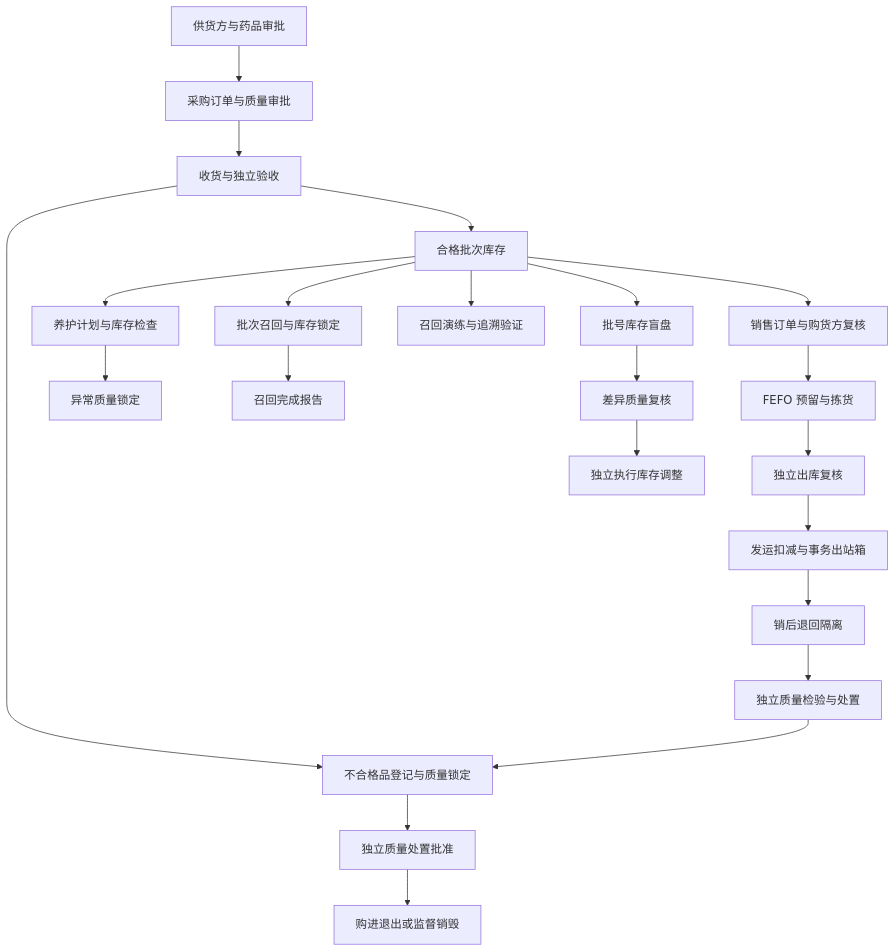
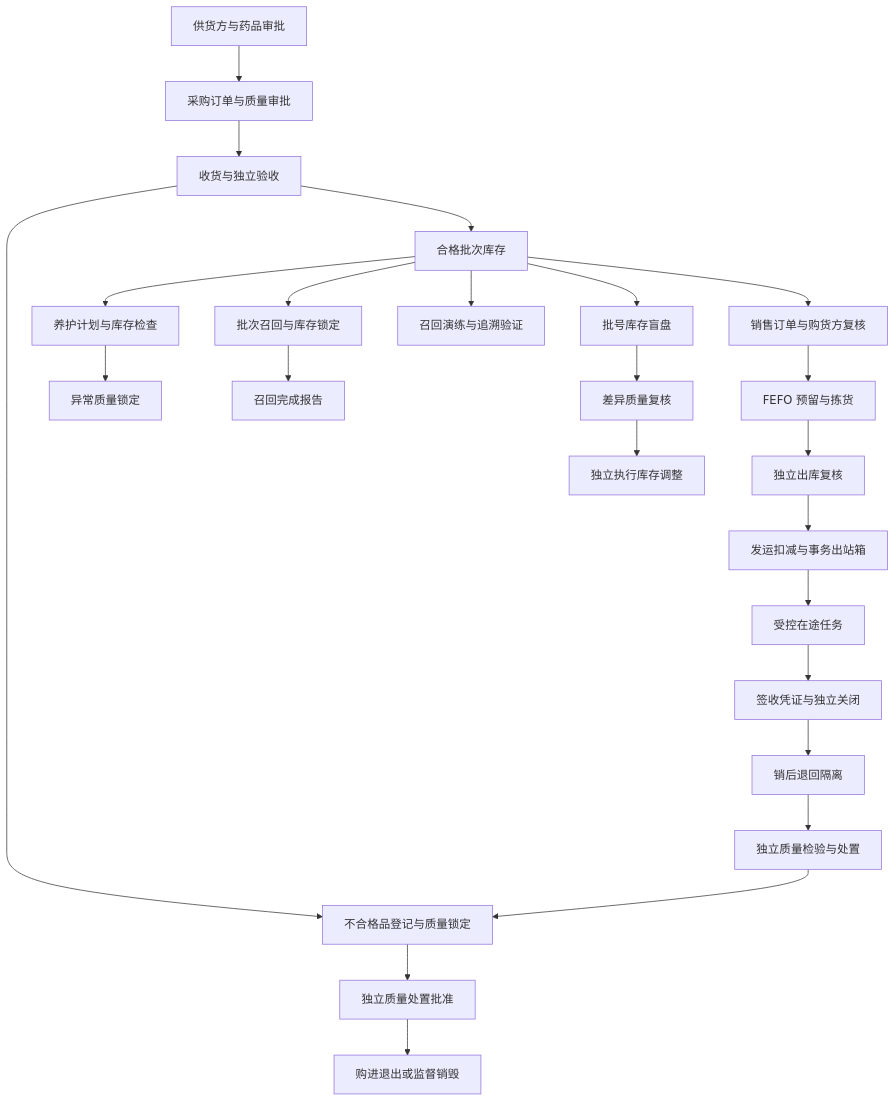
One commit to AllenMGu/WMS changed the diagram in README.md. Above: the diagram before and after it, drawn with Mermaid. The commit also changed other lines of this file and 23 other files, not shown here.

````diff
--- a/README.md
+++ b/README.md
@@ -47,24 +49,26 @@
 ```mermaid
 flowchart TD
     A[供货方与药品审批] --> B[采购订单与质量审批]
     B --> C[收货与独立验收]
     C --> D[合格批次库存]
     D --> E[销售订单与购货方复核]
     E --> F[FEFO 预留与拣货]
     F --> G[独立出库复核]
     G --> H[发运扣减与事务出站箱]
-    H --> I[销后退回隔离]
+    H --> V[受控在途任务]
+    V --> W[签收凭证与独立关闭]
+    W --> I[销后退回隔离]
     I --> J[独立质量检验与处置]
     D --> K[批次召回与库存锁定]
     C --> L[不合格品登记与质量锁定]
     J --> L
     L --> M[独立质量处置批准]
     M --> N[购进退出或监督销毁]
     D --> O[养护计划与库存检查]
     O --> P[异常质量锁定]
     K --> Q[召回完成报告]
     D --> R[召回演练与追溯验证]
     D --> S[批号库存盲盘]
     S --> T[差异质量复核]
     T --> U[独立执行库存调整]
 ```
````
